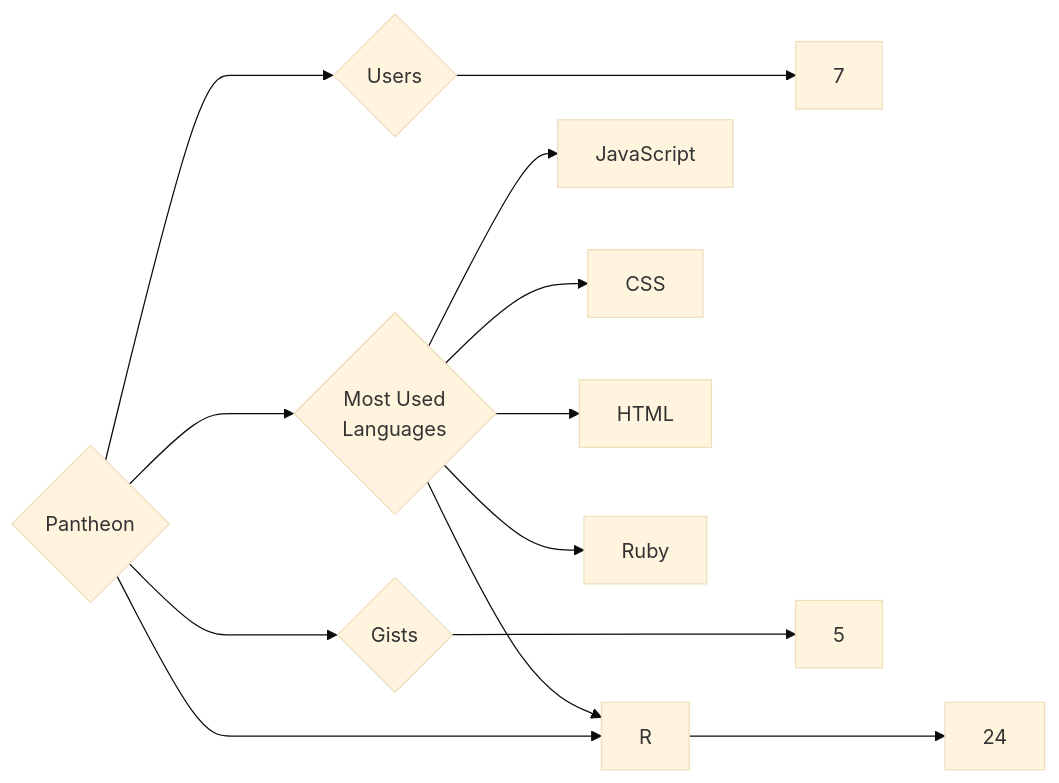
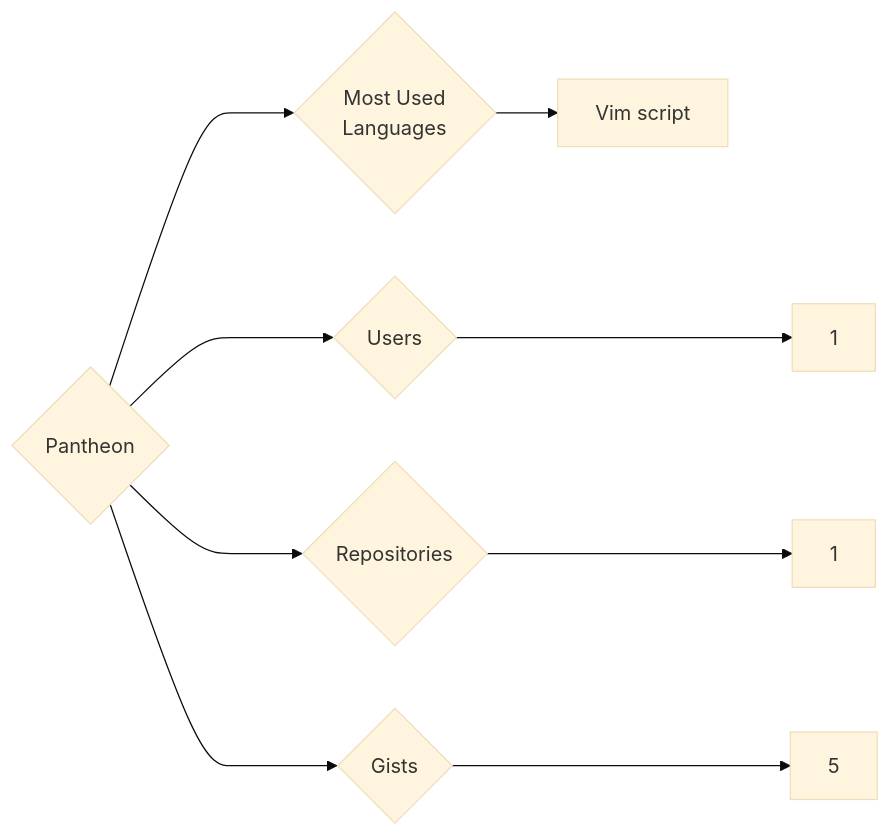
Before and after one commit to trickest/insiders: the diagram in targets/Pantheon/README.md, drawn with Mermaid (base theme). The commit also changed 682 other files, not shown here.

````diff
--- a/targets/Pantheon/README.md
+++ b/targets/Pantheon/README.md
@@ -3,13 +3,9 @@
 ```mermaid
 graph LR
 COMPANY_NAME{Pantheon}
-COMPANY_NAME ---> U{Users} ---> UN[7]
-COMPANY_NAME ---> R{Repositories} ---> RN[24]
+COMPANY_NAME ---> U{Users} ---> UN[1]
+COMPANY_NAME ---> R{Repositories} ---> RN[1]
 COMPANY_NAME ---> G{Gists} ---> GN[5]
 COMPANY_NAME ---> ML{Most Used<br>Languages}
-ML --> JavaScript[JavaScript]
-ML --> CSS[CSS]
-ML --> HTML[HTML]
-ML --> Ruby[Ruby]
-ML --> R[R]
+ML --> Vim_script[Vim script]
 ```
````
